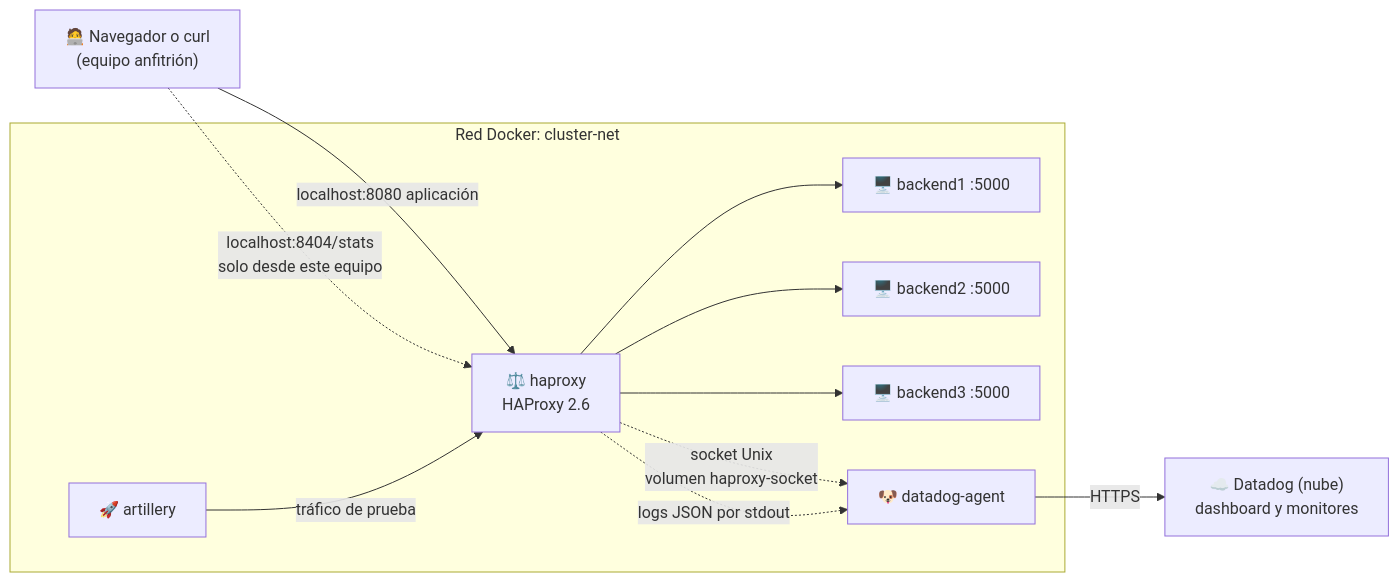
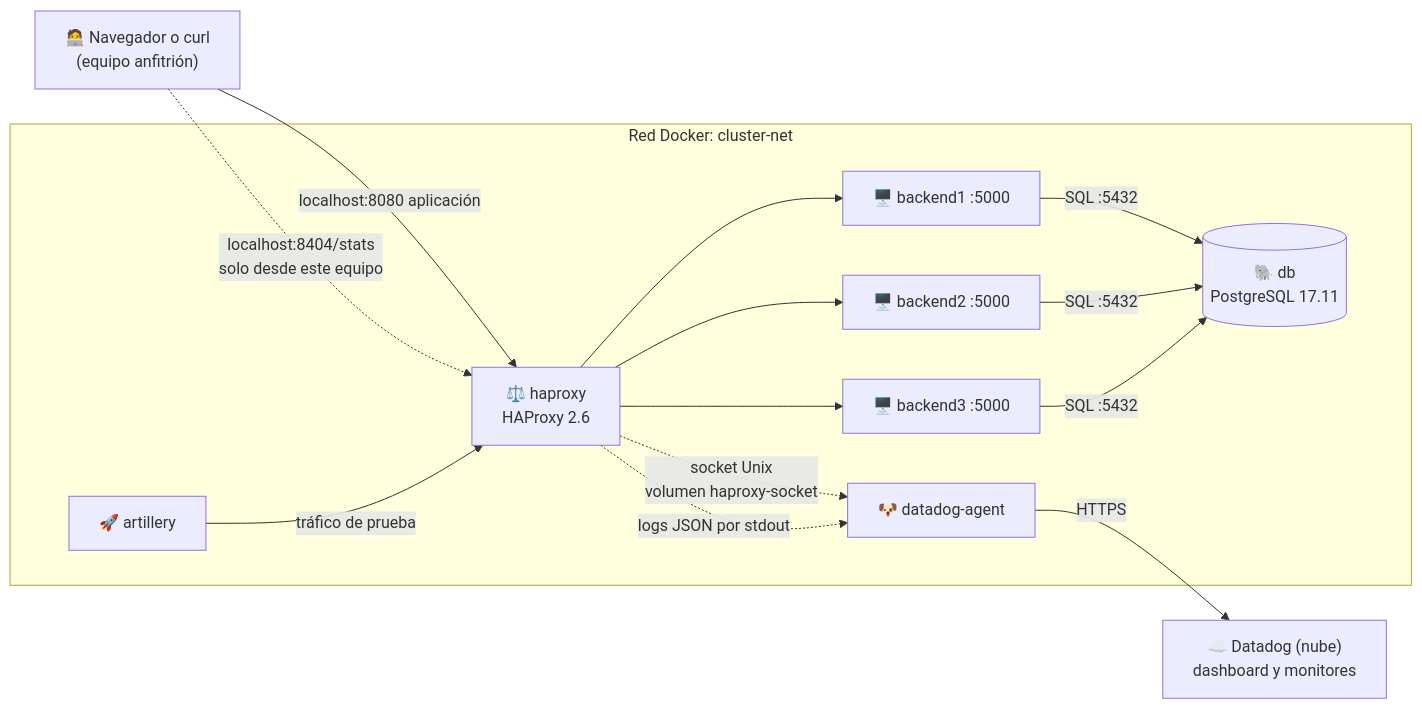
The diagram in README.md (MBeta032/Monitoreo-de-Cluster-HAProxy-con-Datadog), drawn with Mermaid before and after one commit. The commit also changed other lines of this file, not shown here.

````diff
--- a/README.md
+++ b/README.md
@@ -80,22 +80,26 @@
 ```mermaid
 flowchart LR
     U["🧑‍💻 Navegador o curl<br/>(equipo anfitrión)"]
     subgraph RED["Red Docker: cluster-net"]
         A["🚀 artillery"]
         H["⚖️ haproxy<br/>HAProxy 2.6"]
         B1["🖥️ backend1 :5000"]
         B2["🖥️ backend2 :5000"]
         B3["🖥️ backend3 :5000"]
+        DB[("🐘 db<br/>PostgreSQL 17.11")]
         D["🐶 datadog-agent"]
     end
     C["☁️ Datadog (nube)<br/>dashboard y monitores"]
     U -->|"localhost:8080 aplicación"| H
     U -.->|"localhost:8404/stats<br/>solo desde este equipo"| H
     A -->|"tráfico de prueba"| H
     H --> B1
     H --> B2
     H --> B3
+    B1 -->|"SQL :5432"| DB
+    B2 -->|"SQL :5432"| DB
+    B3 -->|"SQL :5432"| DB
     H -.->|"socket Unix<br/>volumen haproxy-socket"| D
     H -.->|"logs JSON por stdout"| D
     D -->|"HTTPS"| C
 ```
````
